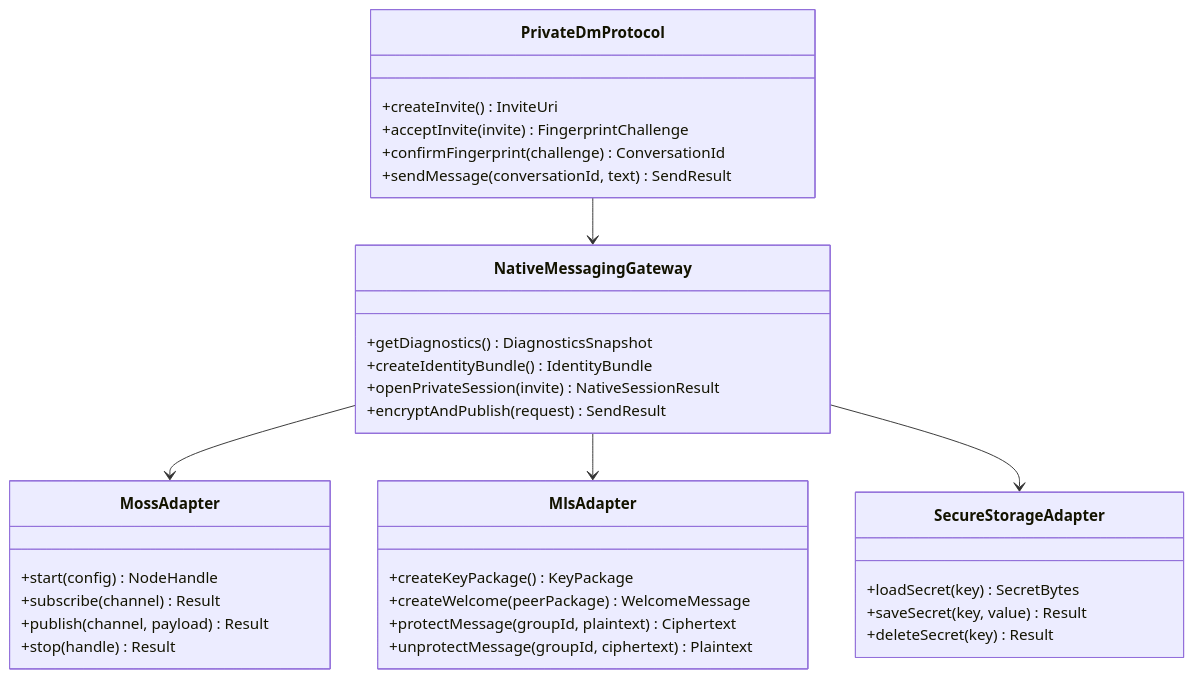
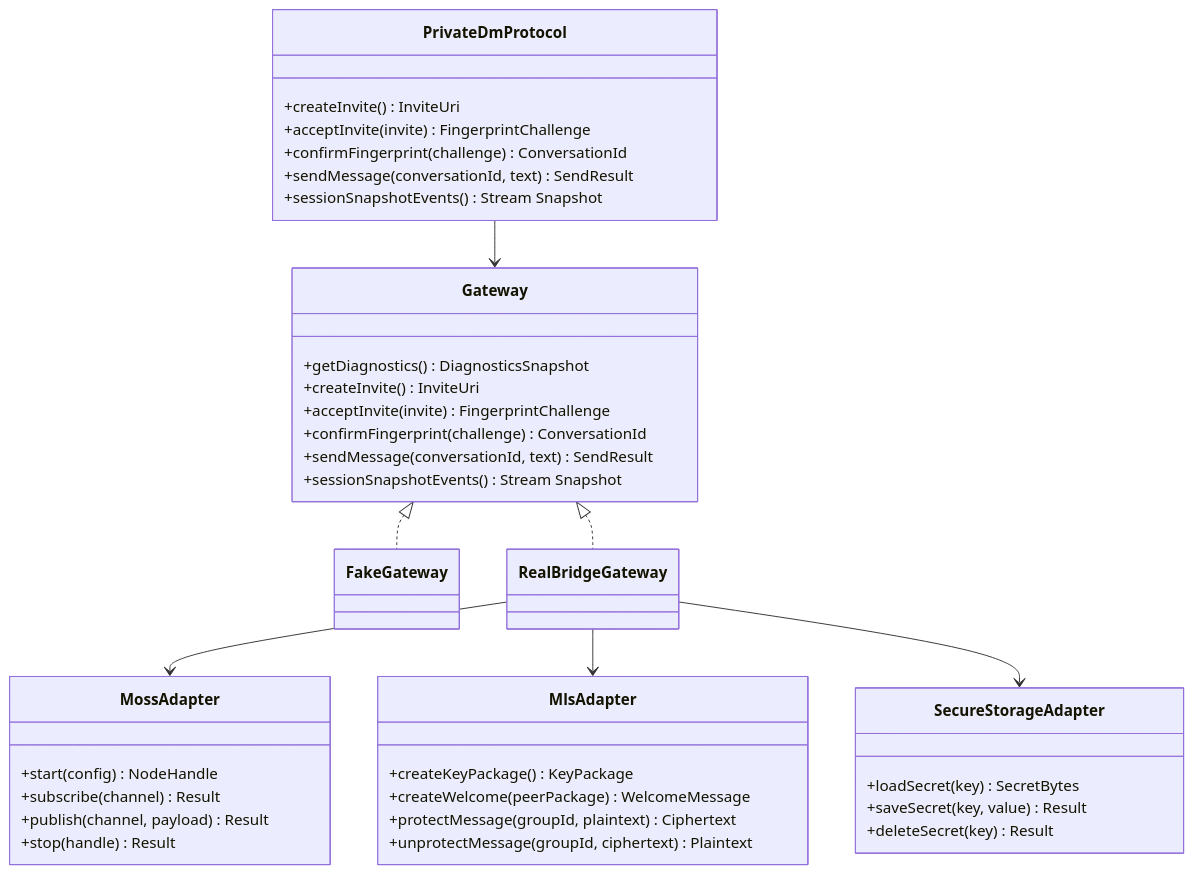
One commit to redstone-md/mosh-flutter changed the fourth of 4 diagrams in docs/Architecture.md. Above: the diagram before and after it, drawn with Mermaid. The commit also changed other lines of this file, not shown here.

First line of the commit message:
docs: replace architecture map with Flutter rewrite view

````diff
--- a/docs/Architecture.md
+++ b/docs/Architecture.md
@@ -88,41 +105,52 @@
 ```mermaid
 classDiagram
     class PrivateDmProtocol {
       +createInvite() InviteUri
       +acceptInvite(invite) FingerprintChallenge
       +confirmFingerprint(challenge) ConversationId
       +sendMessage(conversationId, text) SendResult
+      +sessionSnapshotEvents() Stream Snapshot
     }
 
-    class NativeMessagingGateway {
+    class Gateway {
       +getDiagnostics() DiagnosticsSnapshot
-      +createIdentityBundle() IdentityBundle
-      +openPrivateSession(invite) NativeSessionResult
-      +encryptAndPublish(request) SendResult
+      +createInvite() InviteUri
+      +acceptInvite(invite) FingerprintChallenge
+      +confirmFingerprint(challenge) ConversationId
+      +sendMessage(conversationId, text) SendResult
+      +sessionSnapshotEvents() Stream Snapshot
+    }
+
+    class FakeGateway {
+    }
+
+    class RealBridgeGateway {
     }
 
     class MossAdapter {
       +start(config) NodeHandle
       +subscribe(channel) Result
       +publish(channel, payload) Result
       +stop(handle) Result
     }
 
     class MlsAdapter {
       +createKeyPackage() KeyPackage
       +createWelcome(peerPackage) WelcomeMessage
       +protectMessage(groupId, plaintext) Ciphertext
       +unprotectMessage(groupId, ciphertext) Plaintext
     }
 
     class SecureStorageAdapter {
       +loadSecret(key) SecretBytes
       +saveSecret(key, value) Result
       +deleteSecret(key) Result
     }
 
-    PrivateDmProtocol --> NativeMessagingGateway
-    NativeMessagingGateway --> MossAdapter
-    NativeMessagingGateway --> MlsAdapter
-    NativeMessagingGateway --> SecureStorageAdapter
+    PrivateDmProtocol --> Gateway
+    Gateway <|.. FakeGateway
+    Gateway <|.. RealBridgeGateway
+    RealBridgeGateway --> MossAdapter
+    RealBridgeGateway --> MlsAdapter
+    RealBridgeGateway --> SecureStorageAdapter
 ```
````
